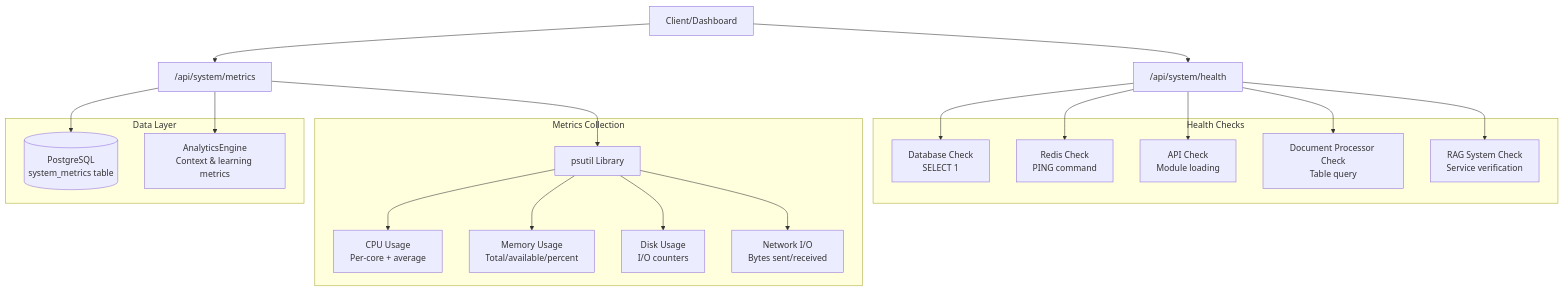
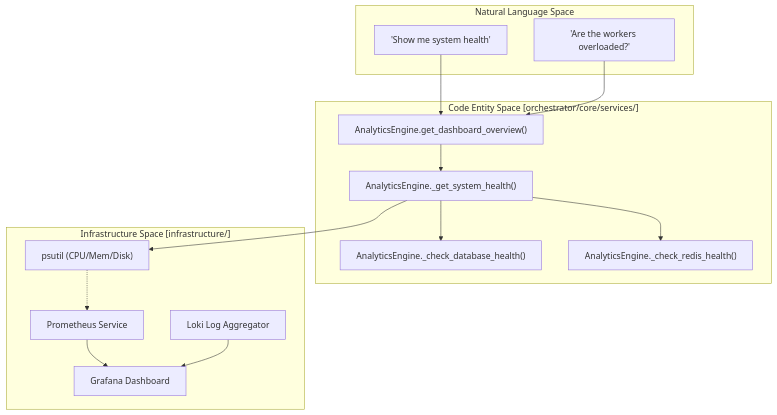
The first of 2 diagrams in docs/analytics-monitoring/system-health-monitoring.md (AutomatosAI/automatos-ai), drawn with Mermaid before and after one commit. The commit also changed other lines of this file and 149 other files, not shown here.

Commit message:
docs: refresh documentation with graphify semantic scan

````diff
--- a/docs/analytics-monitoring/system-health-monitoring.md
+++ b/docs/analytics-monitoring/system-health-monitoring.md
@@ -35,45 +57,32 @@
 ```mermaid
-graph TB
-    Client["Client/Dashboard"]
-    HealthEndpoint["/api/system/health"]
-    MetricsEndpoint["/api/system/metrics"]
+graph TD
+    subgraph "Natural Language Space"
+        UserReq["'Show me system health'"]
+        AdminReq["'Are the workers overloaded?'"]
+    end
+
+    subgraph "Code Entity Space [orchestrator/core/services/]"
+        Analytics["AnalyticsEngine.get_dashboard_overview()"]
+        HealthCheck["AnalyticsEngine._get_system_health()"]
+        DBCheck["AnalyticsEngine._check_database_health()"]
+        RedisCheck["AnalyticsEngine._check_redis_health()"]
+    end
+
+    subgraph "Infrastructure Space [infrastructure/]"
+        PSUtil["psutil (CPU/Mem/Disk)"]
+        PromSvc["Prometheus Service"]
+        GrafanaSvc["Grafana Dashboard"]
+        LokiSvc["Loki Log Aggregator"]
+    end
+
+    UserReq --> Analytics
+    AdminReq --> Analytics
+    Analytics --> HealthCheck
+    HealthCheck --> DBCheck
+    HealthCheck --> RedisCheck
+    HealthCheck --> PSUtil
     
-    subgraph "Health Checks"
-        DBCheck["Database Check<br/>SELECT 1"]
-        RedisCheck["Redis Check<br/>PING command"]
-        APICheck["API Check<br/>Module loading"]
-        DocCheck["Document Processor Check<br/>Table query"]
-        RAGCheck["RAG System Check<br/>Service verification"]
-    end
-    
-    subgraph "Metrics Collection"
-        PSUtil["psutil Library"]
-        CPUMetrics["CPU Usage<br/>Per-core + average"]
-        MemoryMetrics["Memory Usage<br/>Total/available/percent"]
-        DiskMetrics["Disk Usage<br/>I/O counters"]
-        NetworkMetrics["Network I/O<br/>Bytes sent/received"]
-    end
-    
-    subgraph "Data Layer"
-        PostgresDB[("PostgreSQL<br/>system_metrics table")]
-        Analytics["AnalyticsEngine<br/>Context & learning metrics"]
-    end
-    
-    Client --> HealthEndpoint
-    Client --> MetricsEndpoint
-    
-    HealthEndpoint --> DBCheck
-    HealthEndpoint --> RedisCheck
-    HealthEndpoint --> APICheck
-    HealthEndpoint --> DocCheck
-    HealthEndpoint --> RAGCheck
-    
-    MetricsEndpoint --> PSUtil
-    PSUtil --> CPUMetrics
-    PSUtil --> MemoryMetrics
-    PSUtil --> DiskMetrics
-    PSUtil --> NetworkMetrics
-    
-    MetricsEndpoint --> PostgresDB
-    MetricsEndpoint --> Analytics
+    PSUtil -.-> PromSvc
+    PromSvc --> GrafanaSvc
+    LokiSvc --> GrafanaSvc
 ```
````
